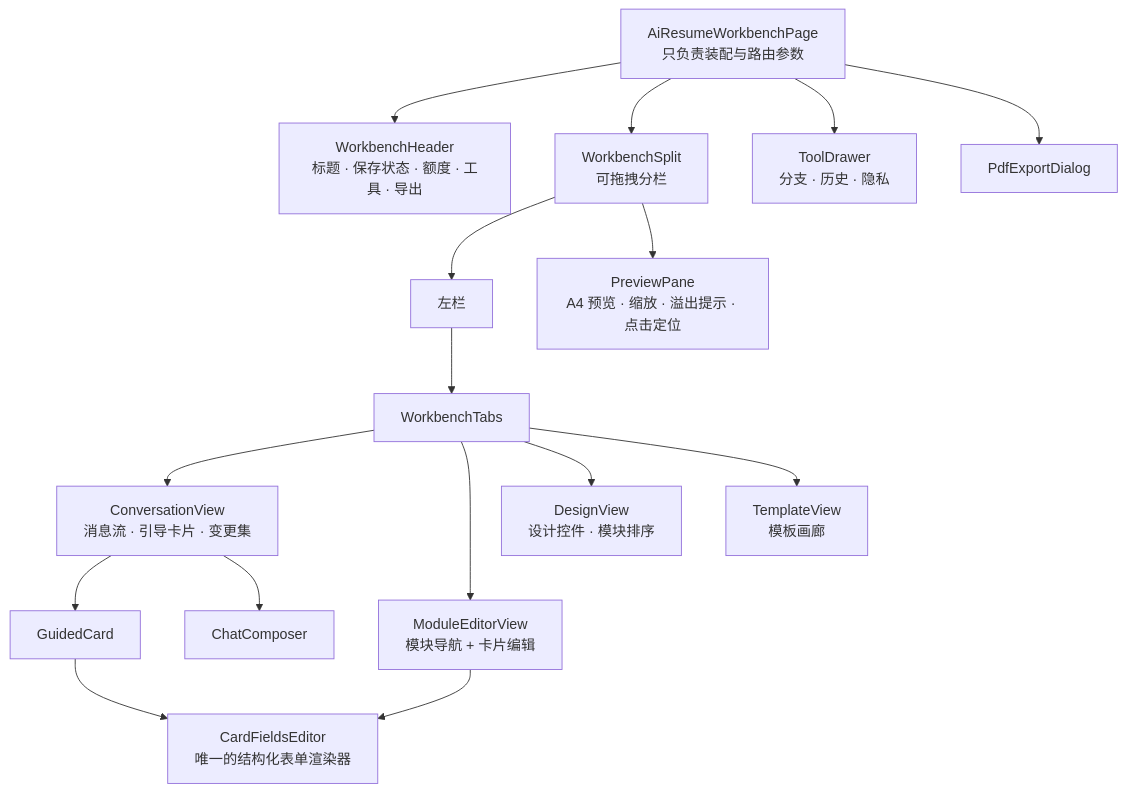
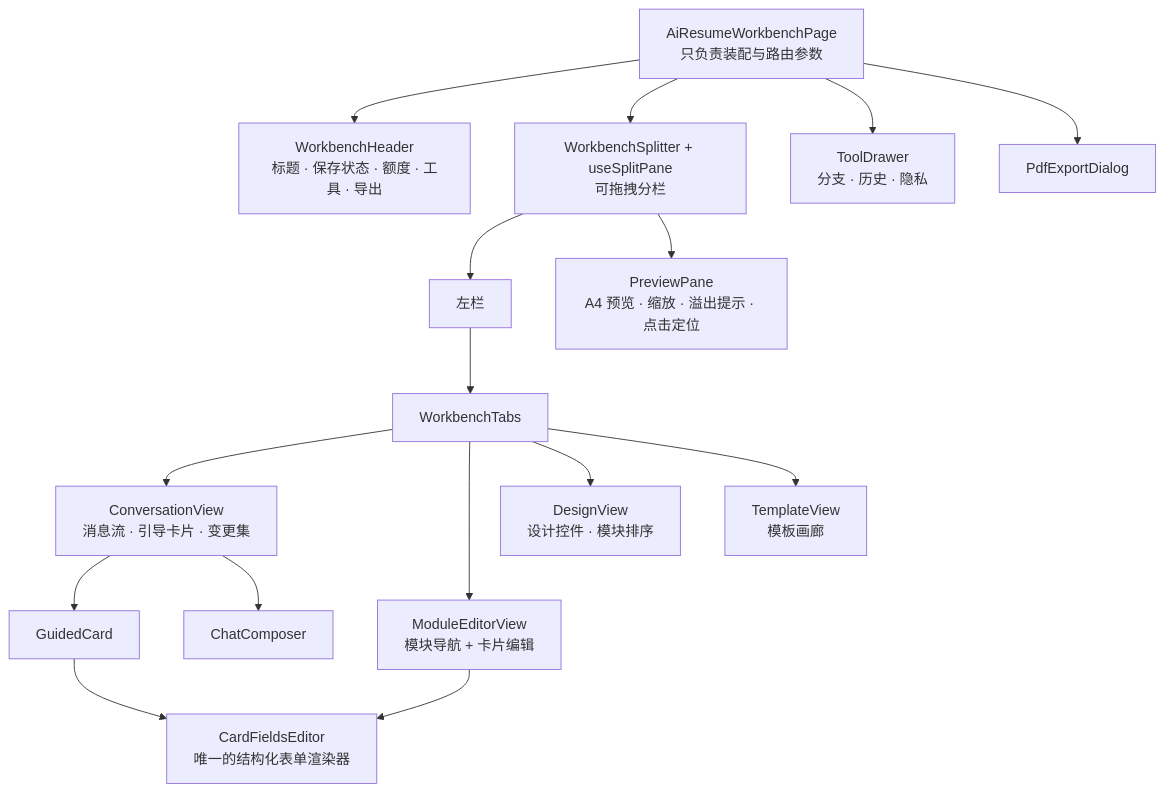
The fourth of 6 diagrams in docs/03-架构设计.md (wjy810/-), drawn with Mermaid before and after one commit. The commit also changed other lines of this file and 62 other files, not shown here.

````diff
--- a/docs/03-架构设计.md
+++ b/docs/03-架构设计.md
@@ -225,19 +225,19 @@
 ```mermaid
 flowchart TB
     page[AiResumeWorkbenchPage<br/>只负责装配与路由参数]
     page --> header[WorkbenchHeader<br/>标题 · 保存状态 · 额度 · 工具 · 导出]
-    page --> split[WorkbenchSplit<br/>可拖拽分栏]
+    page --> split[WorkbenchSplitter + useSplitPane<br/>可拖拽分栏]
     split --> left[左栏]
     split --> right[PreviewPane<br/>A4 预览 · 缩放 · 溢出提示 · 点击定位]
     left --> tabs[WorkbenchTabs]
     tabs --> conv[ConversationView<br/>消息流 · 引导卡片 · 变更集]
     tabs --> edit[ModuleEditorView<br/>模块导航 + 卡片编辑]
     tabs --> design[DesignView<br/>设计控件 · 模块排序]
     tabs --> tpl[TemplateView<br/>模板画廊]
     conv --> guided[GuidedCard]
     guided --> fields[CardFieldsEditor<br/>唯一的结构化表单渲染器]
     edit --> fields
     conv --> composer[ChatComposer]
     page --> drawer[ToolDrawer<br/>分支 · 历史 · 隐私]
     page --> pdf[PdfExportDialog]
 ```
````
